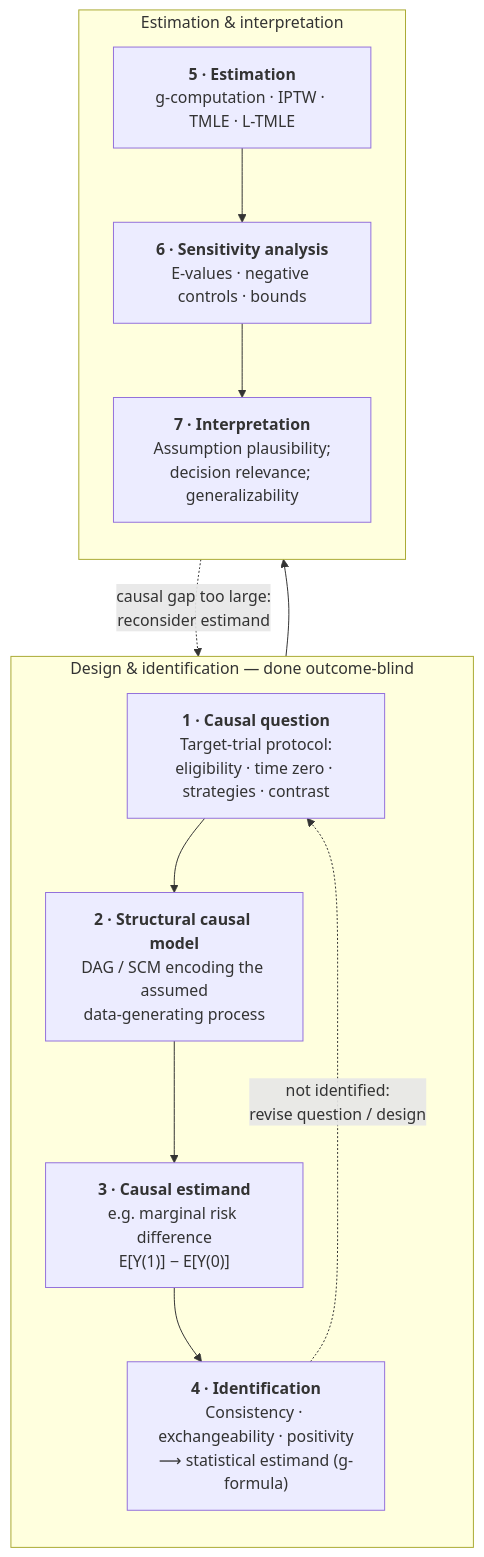
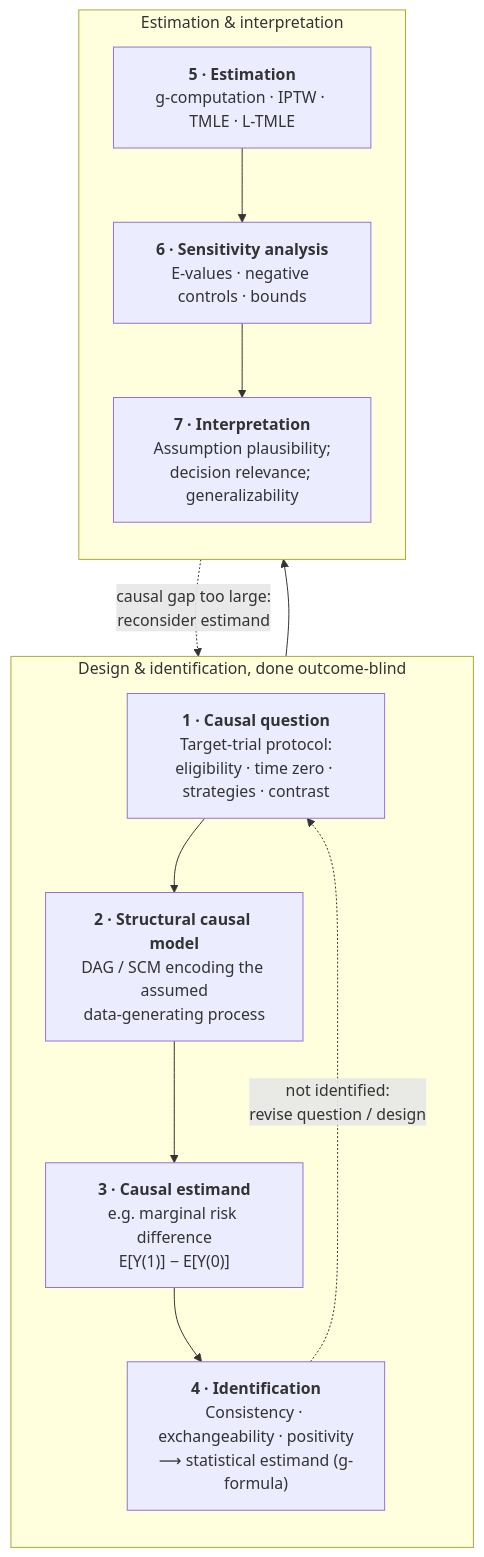
One commit to amertens/causal-learning-handbook changed the diagram in 01-02-causal-roadmap.qmd. Above: the diagram before and after it, drawn with Mermaid. The commit also changed other lines of this file and 107 other files, not shown here.

````diff
--- a/01-02-causal-roadmap.qmd
+++ b/01-02-causal-roadmap.qmd
@@ -85,23 +85,23 @@
 ```{mermaid}
 %%| label: fig-roadmap-steps
 %%| fig-cap: "The seven-step Causal Roadmap. Steps 1–4 are the design and identification phase, ideally completed before the outcome data are unblinded; Steps 5–7 are estimation and interpretation. Dashed arrows show the two feedback loops that keep an analysis honest: if the estimand cannot be identified (Step 4) the question or design must be revised, and if sensitivity analysis (Step 6) reveals too large a causal gap the estimand itself may need to be reconsidered."
 flowchart TD
-    subgraph DESIGN ["Design &amp; identification — done outcome-blind"]
+    subgraph DESIGN ["Design &amp; identification, done outcome-blind"]
         direction TB
         S1["<b>1 · Causal question</b><br/>Target-trial protocol:<br/>eligibility · time zero · strategies · contrast"]
         S2["<b>2 · Structural causal model</b><br/>DAG / SCM encoding the assumed<br/>data-generating process"]
         S3["<b>3 · Causal estimand</b><br/>e.g. marginal risk difference<br/>E[Y(1)] − E[Y(0)]"]
         S4["<b>4 · Identification</b><br/>Consistency · exchangeability · positivity<br/>⟶ statistical estimand (g-formula)"]
         S1 --> S2 --> S3 --> S4
     end
     subgraph ANALYSIS ["Estimation &amp; interpretation"]
         direction TB
         S5["<b>5 · Estimation</b><br/>g-computation · IPTW · TMLE · L-TMLE"]
         S6["<b>6 · Sensitivity analysis</b><br/>E-values · negative controls · bounds"]
         S7["<b>7 · Interpretation</b><br/>Assumption plausibility;<br/>decision relevance; generalizability"]
         S5 --> S6 --> S7
     end
     S4 --> S5
     S4 -. "not identified:<br/>revise question / design" .-> S1
     S6 -. "causal gap too large:<br/>reconsider estimand" .-> S3
 ```
````
